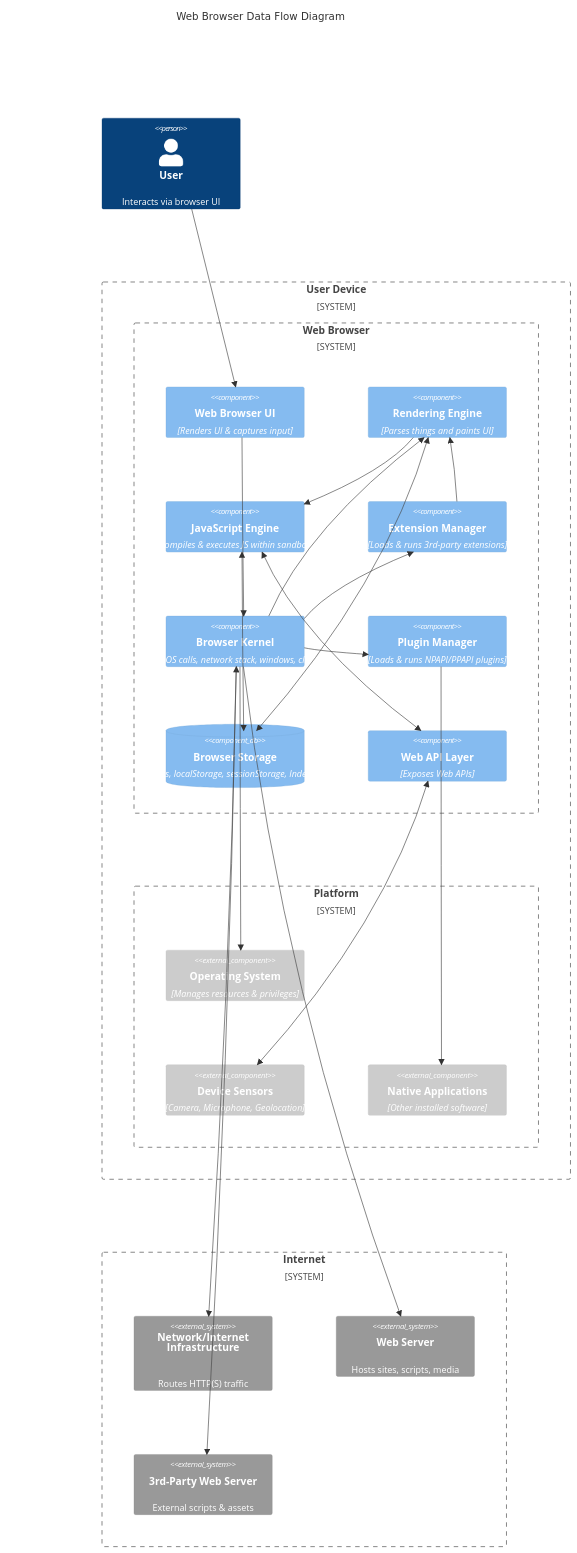
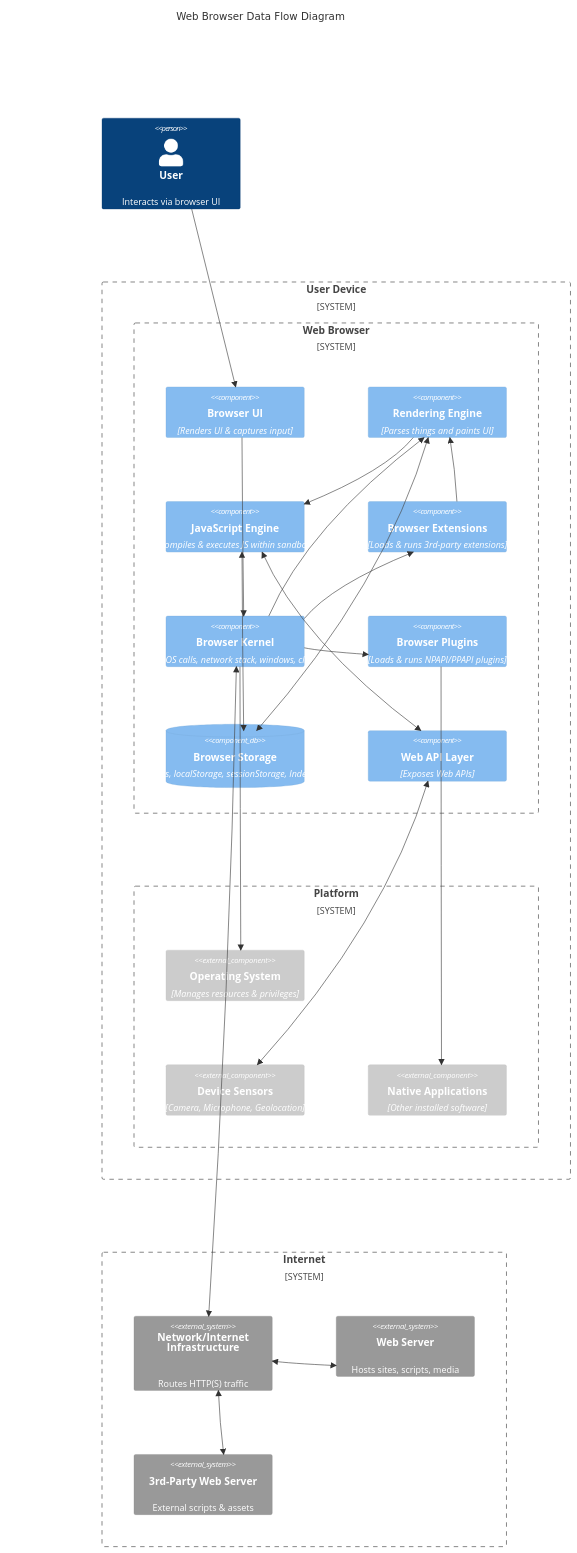
The diagram in index.md (w3c/threat-model-web), drawn with Mermaid before and after one commit.

````diff
--- a/index.md
+++ b/index.md
@@ -101,51 +101,52 @@
 ```mermaid
 %%{init: {'theme': 'base'}}%%
 C4Component
 title Web Browser Data Flow Diagram
 
 Person(user, "User", "Interacts via browser UI")
 
 System_Boundary(userDevice, "User Device") {
 
   System_Boundary(webBrowser, "Web Browser") {
-    Component(webBrowserUI, "Web Browser UI", "Renders UI & captures input")
+    Component(webBrowserUI, "Browser UI", "Renders UI & captures input")
     Component(renderEngine, "Rendering Engine", "Parses things and paints UI")
     Component(jsInterpreter, "JavaScript Engine", "Compiles & executes JS within sandbox")
-    Component(browserExtensions, "Extension Manager", "Loads & runs 3rd-party extensions")
+    Component(browserExtensions, "Browser Extensions", "Loads & runs 3rd-party extensions")
     Component(browserKernel, "Browser Kernel", "Manages OS calls, network stack, windows, clipboard...")
-    Component(browserPlugins, "Plugin Manager", "Loads & runs NPAPI/PPAPI plugins")
+    Component(browserPlugins, "Browser Plugins", "Loads & runs NPAPI/PPAPI plugins")
     ComponentDb(browserStorage, "Browser Storage", "Cookies, localStorage, sessionStorage, IndexedDB")
     Component(webAPI, "Web API Layer", "Exposes Web APIs")
   }
   System_Boundary(platform, "Platform") {
     Component_Ext(os, "Operating System", "Manages resources & privileges")
     Component_Ext(deviceSensors, "Device Sensors", "Camera, Microphone, Geolocation")
     Component_Ext(nativeApps, "Native Applications", "Other installed software")
   }
 }
 
 System_Boundary(internet, "Internet") {
   System_Ext(network, "Network/Internet<br/>Infrastructure", "Routes HTTP(S) traffic")
   System_Ext(webServer, "Web Server", "Hosts sites, scripts, media")
   System_Ext(webServer3rd, "3rd-Party Web Server", "External scripts & assets")
 }
 
 Rel(user, webBrowserUI, "")
 Rel(webBrowserUI, browserKernel, "")
 BiRel(browserKernel, network, "")
 Rel(browserKernel, renderEngine, "")
 Rel(renderEngine, jsInterpreter, "")
 BiRel(jsInterpreter, webAPI, "")
 BiRel(jsInterpreter, browserStorage, "")
 BiRel(renderEngine, browserStorage, "")
 Rel(browserKernel, os, "")
 BiRel(webAPI, deviceSensors, "")
-Rel(browserKernel, webServer, "")
-Rel(browserKernel, webServer3rd, "")
+BiRel(browserKernel, network, "")
+BiRel(network, webServer, "")
+BiRel(network, webServer3rd, "")
 Rel(browserKernel, browserExtensions, "")
 Rel(browserExtensions, renderEngine, "")
 Rel(browserKernel, browserPlugins, "")
 Rel(browserPlugins, nativeApps, "")
 
 UpdateLayoutConfig($c4ShapeInRow="3", $c4BoundaryInRow="1")
 ```
````
